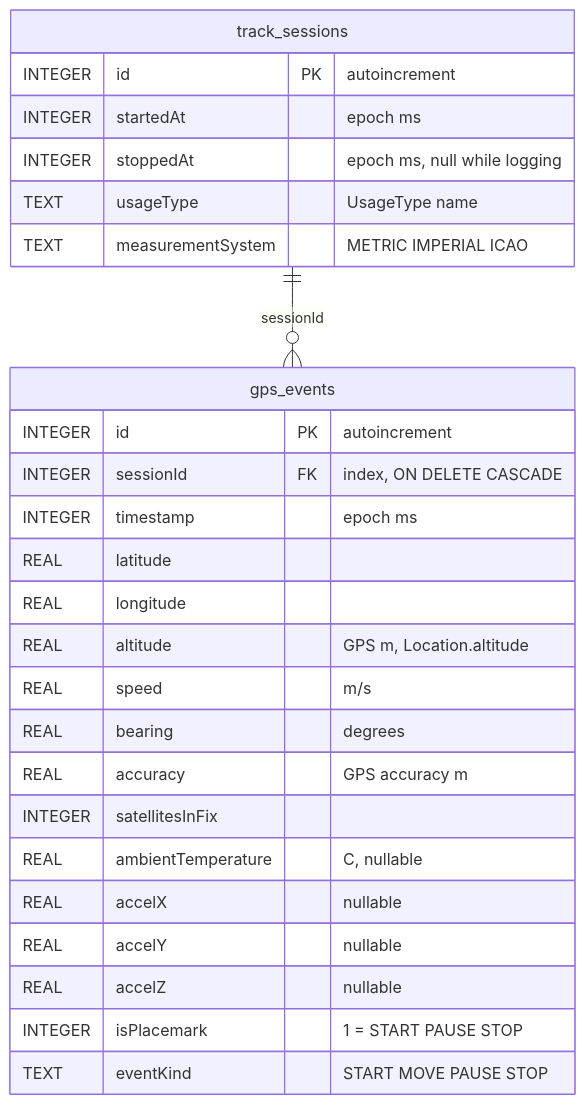
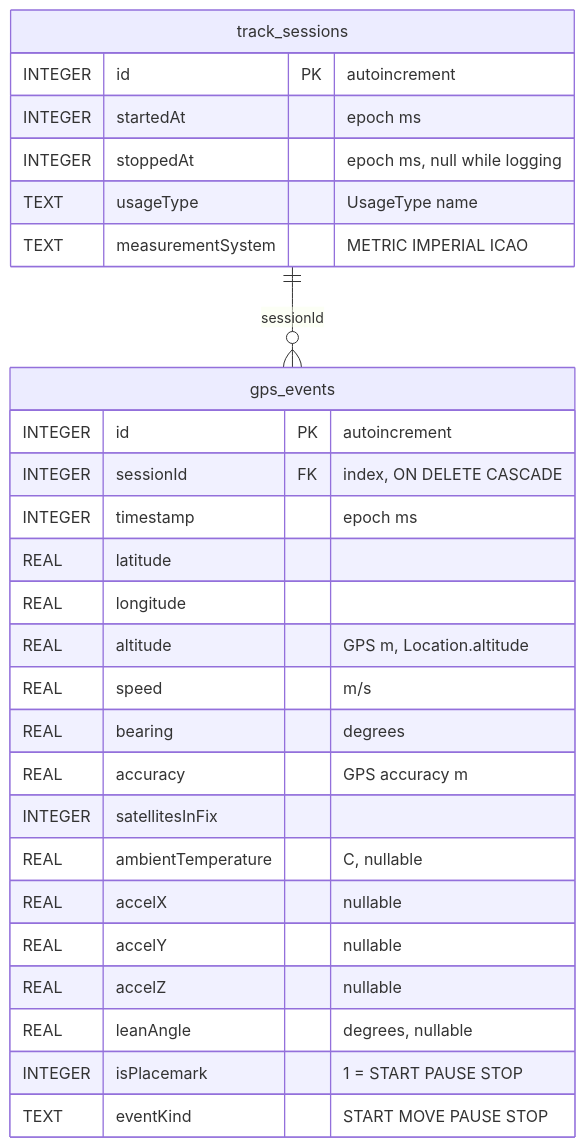
Before and after one commit to lkovari/gtl: the diagram in docs/DBSTRUCT-en.md, drawn with Mermaid. The commit also changed other lines of this file and 26 other files, not shown here.

````diff
--- a/docs/DBSTRUCT-en.md
+++ b/docs/DBSTRUCT-en.md
@@ -8,31 +8,32 @@
 ```mermaid
 erDiagram
     track_sessions ||--o{ gps_events : "sessionId"
 
     track_sessions {
         INTEGER id PK "autoincrement"
         INTEGER startedAt "epoch ms"
         INTEGER stoppedAt "epoch ms, null while logging"
         TEXT usageType "UsageType name"
         TEXT measurementSystem "METRIC IMPERIAL ICAO"
     }
 
     gps_events {
         INTEGER id PK "autoincrement"
         INTEGER sessionId FK "index, ON DELETE CASCADE"
         INTEGER timestamp "epoch ms"
         REAL latitude
         REAL longitude
         REAL altitude "GPS m, Location.altitude"
         REAL speed "m/s"
         REAL bearing "degrees"
         REAL accuracy "GPS accuracy m"
         INTEGER satellitesInFix
         REAL ambientTemperature "C, nullable"
         REAL accelX "nullable"
         REAL accelY "nullable"
         REAL accelZ "nullable"
+        REAL leanAngle "degrees, nullable"
         INTEGER isPlacemark "1 = START PAUSE STOP"
         TEXT eventKind "START MOVE PAUSE STOP"
     }
 ```
````
